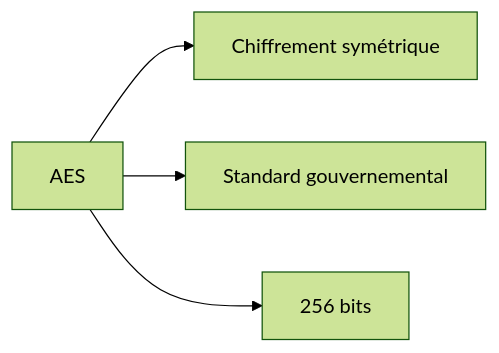
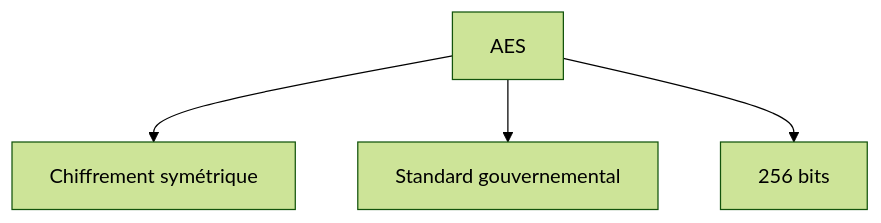
Before and after one commit to zyrass/omnydocs: the first of 42 diagrams in docs/glossaire/cybersecurite.md, drawn with Mermaid (forest theme). The commit also changed other lines of this file and 1780 other files, not shown here.

````diff
--- a/docs/glossaire/cybersecurite.md
+++ b/docs/glossaire/cybersecurite.md
@@ -27,6 +33,6 @@
-    ```mermaid
-    graph LR
-        A[AES] --> B[Chiffrement symétrique]
-        A --> C[Standard gouvernemental]
-        A --> D[256 bits]
-    ```
+```mermaid
+graph TB
+    A[AES] --> B[Chiffrement symétrique]
+    A --> C[Standard gouvernemental]
+    A --> D[256 bits]
+```
````
